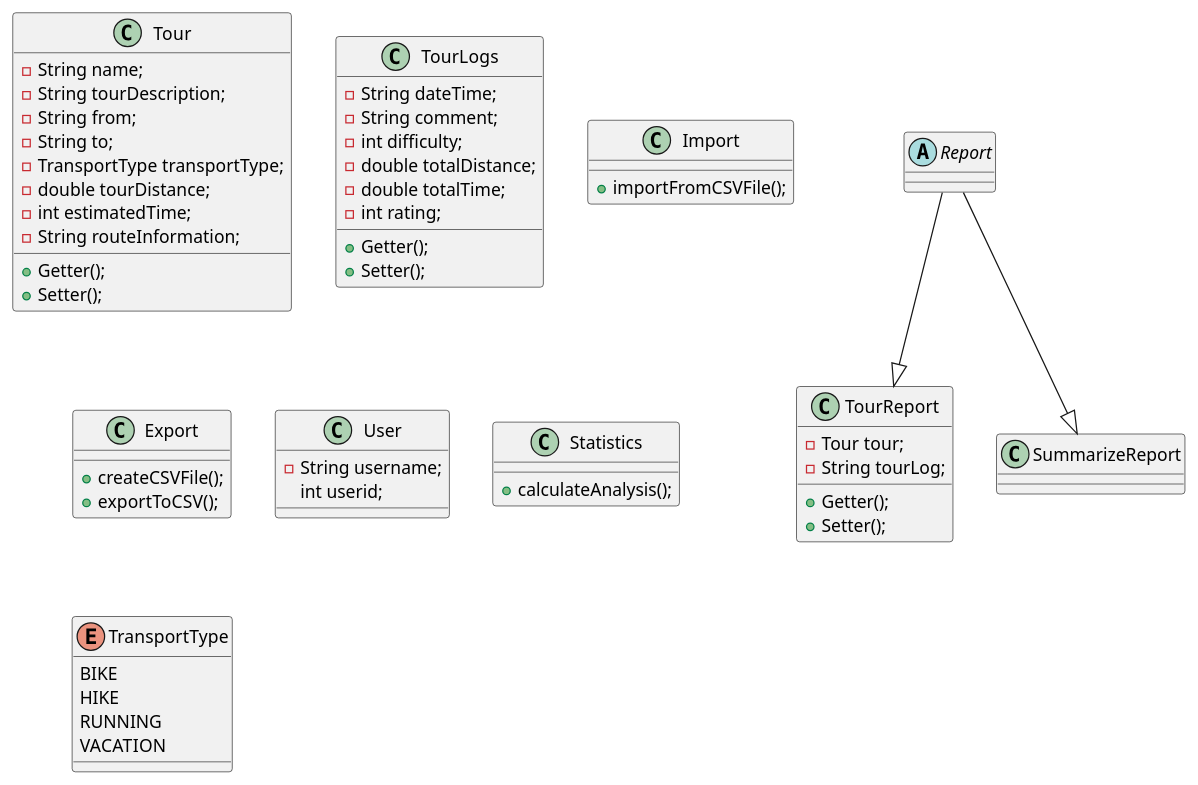
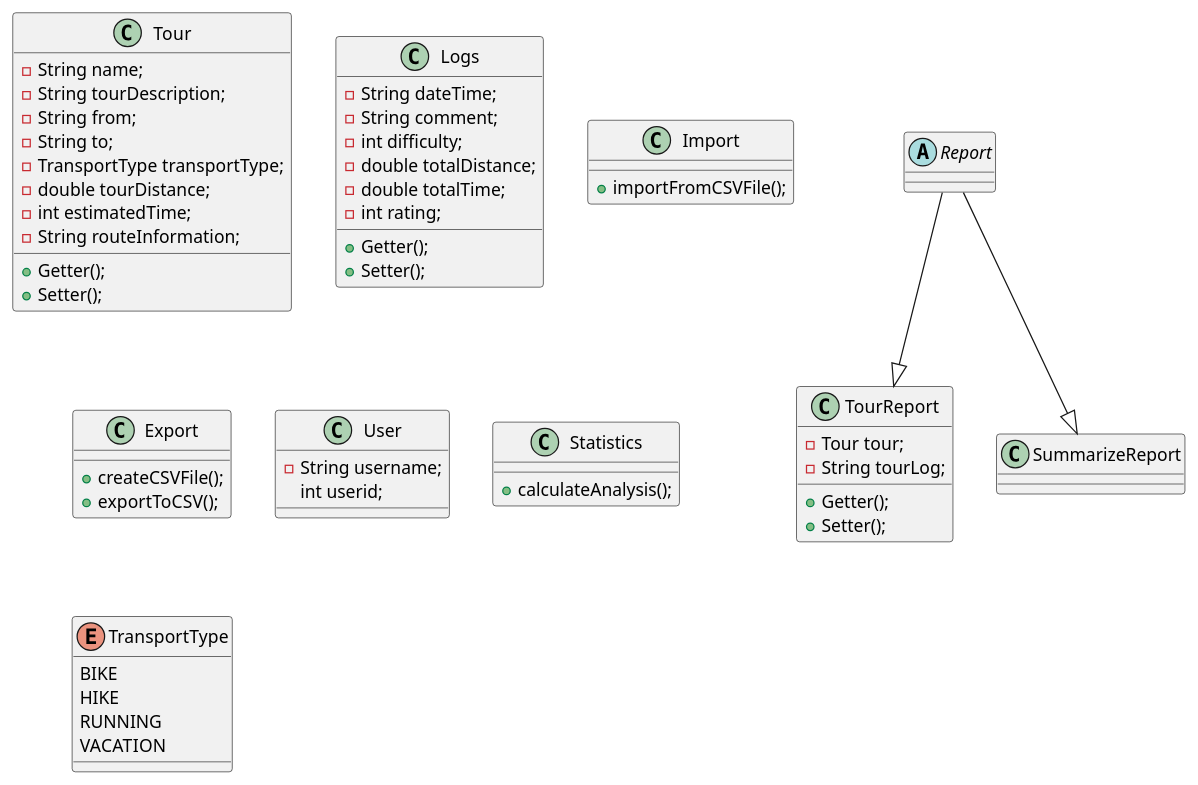
Before and after one commit to VladanPetkovic/tourPlanner: the diagram in docs/project.puml, drawn with PlantUML. The commit also changed 9 other files, not shown here.

```diff
--- a/docs/project.puml
+++ b/docs/project.puml
@@ -1,71 +1,71 @@
 @startuml
 'https://plantuml.com/class-diagram
 
 class Tour {
     -String name;
     -String tourDescription;
     -String from;
     -String to;
     -TransportType transportType;
     -double tourDistance;
     -int estimatedTime;
     -String routeInformation;
     +Getter();
     +Setter();
 }
 
-class TourLogs {
+class Logs {
     -String dateTime;
     -String comment;
     -int difficulty;
     -double totalDistance;
     -double totalTime;
     -int rating;
     +Getter();
     +Setter();
 }
 
 class Import {
     +importFromCSVFile();
 }
 
 class Export {
     +createCSVFile();
     +exportToCSV();
 }
 
 class User {
     -String username;
     int userid;
 }
 
 abstract class Report {
 
 }
 
 class TourReport {
     -Tour tour;
     -String tourLog;
     +Getter();
     +Setter();
 }
 
 class SummarizeReport {
 
 }
 
 class Statistics {
     +calculateAnalysis();
 }
 
 enum TransportType {
     BIKE
     HIKE
     RUNNING
     VACATION
 }
 
 Report --|> SummarizeReport
 Report --|> TourReport
 
 @enduml
```
